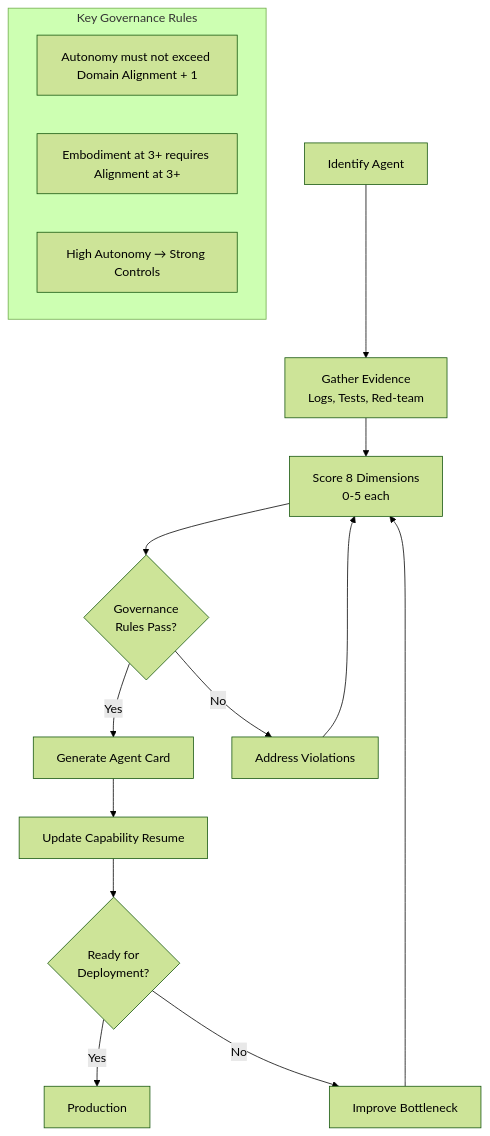
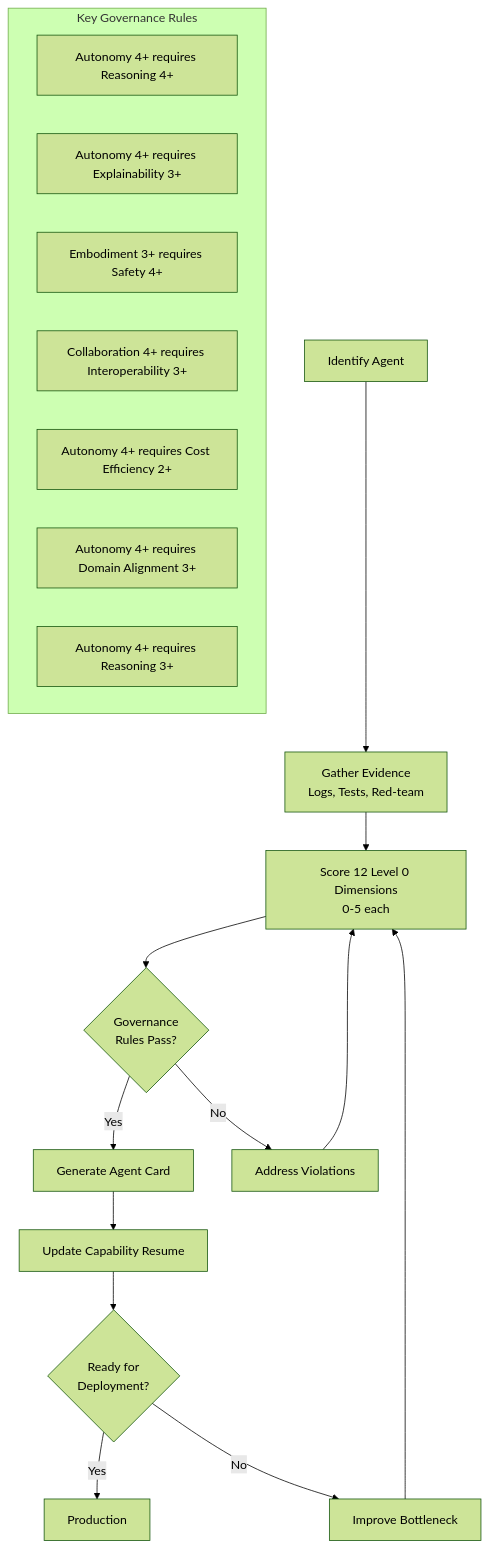
Before and after one commit to snchande/Arima-AiCMM: the third of 5 diagrams in docs/diagrams/architecture.md, drawn with Mermaid (forest theme). The commit also changed other lines of this file and 21 other files, not shown here.

First line of the commit message:
feat: upgrade to 12-dimension Level 0/Level 1 architecture with Empathy & Inclusivity

````diff
--- a/docs/diagrams/architecture.md
+++ b/docs/diagrams/architecture.md
@@ -80,23 +98,27 @@
 ```mermaid
 flowchart TD
     Start[Identify Agent] --> Gather[Gather Evidence<br/>Logs, Tests, Red-team]
-    Gather --> Score[Score 8 Dimensions<br/>0-5 each]
+    Gather --> Score[Score 12 Level 0 Dimensions<br/>0-5 each]
     Score --> Validate{Governance<br/>Rules Pass?}
     
     Validate -->|Yes| Card[Generate Agent Card]
     Validate -->|No| Fix[Address Violations]
     Fix --> Score
     
     Card --> Resume[Update Capability Resume]
     Resume --> Deploy{Ready for<br/>Deployment?}
     
     Deploy -->|Yes| Prod[Production]
     Deploy -->|No| Improve[Improve Bottleneck]
     Improve --> Score
 
     subgraph "Key Governance Rules"
-        Rule1["Autonomy must not exceed Domain Alignment + 1"]
-        Rule2["Embodiment at 3+ requires Alignment at 3+"]
-        Rule3["High Autonomy → Strong Controls"]
+        Rule1["Autonomy 4+ requires Reasoning 4+"]
+        Rule2["Autonomy 4+ requires Explainability 3+"]
+        Rule3["Embodiment 3+ requires Safety 4+"]
+        Rule4["Collaboration 4+ requires Interoperability 3+"]
+        Rule5["Autonomy 4+ requires Cost Efficiency 2+"]
+        Rule6["Autonomy 4+ requires Domain Alignment 3+"]
+        Rule7["Autonomy 4+ requires Reasoning 3+"]
     end
 ```
````
